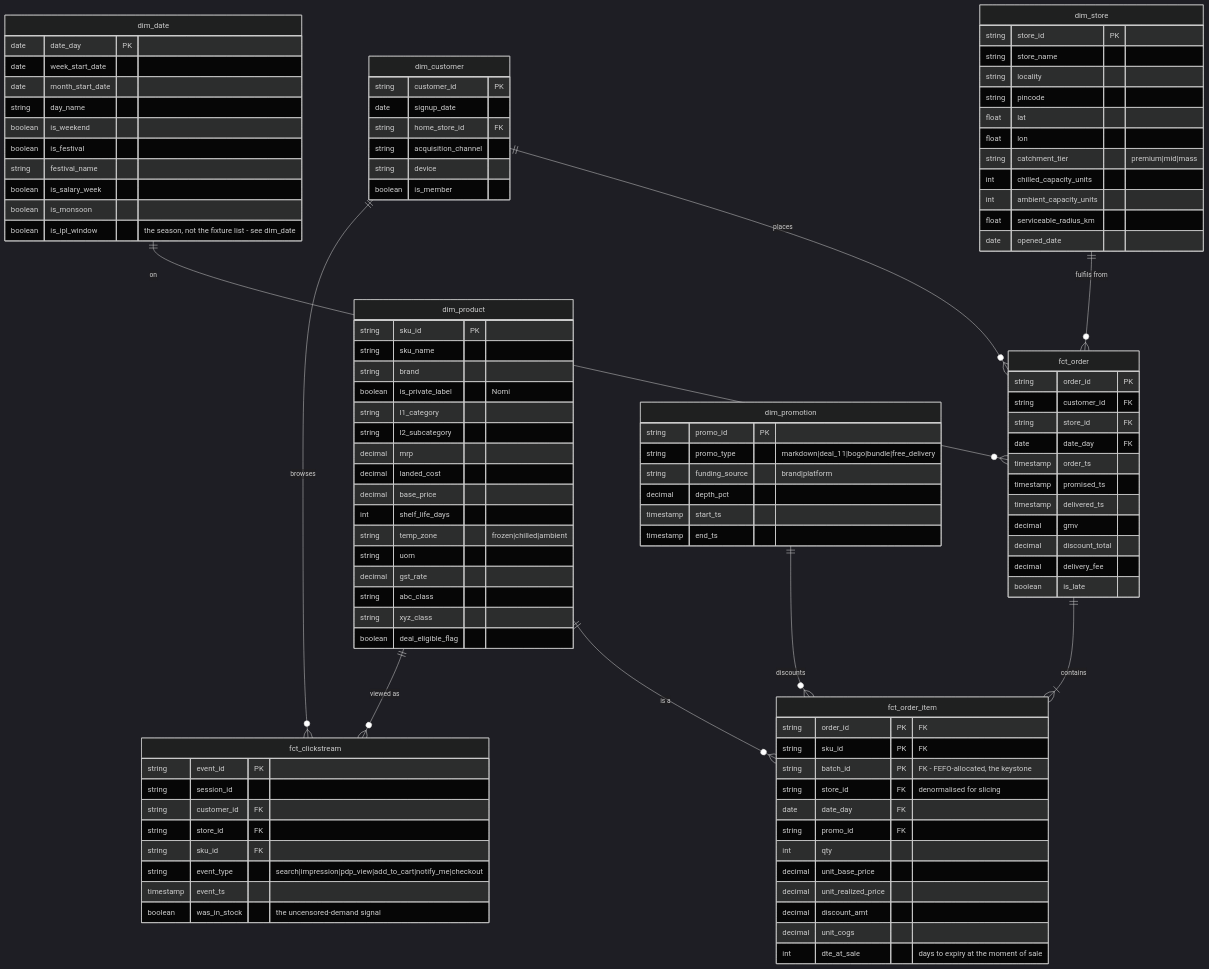
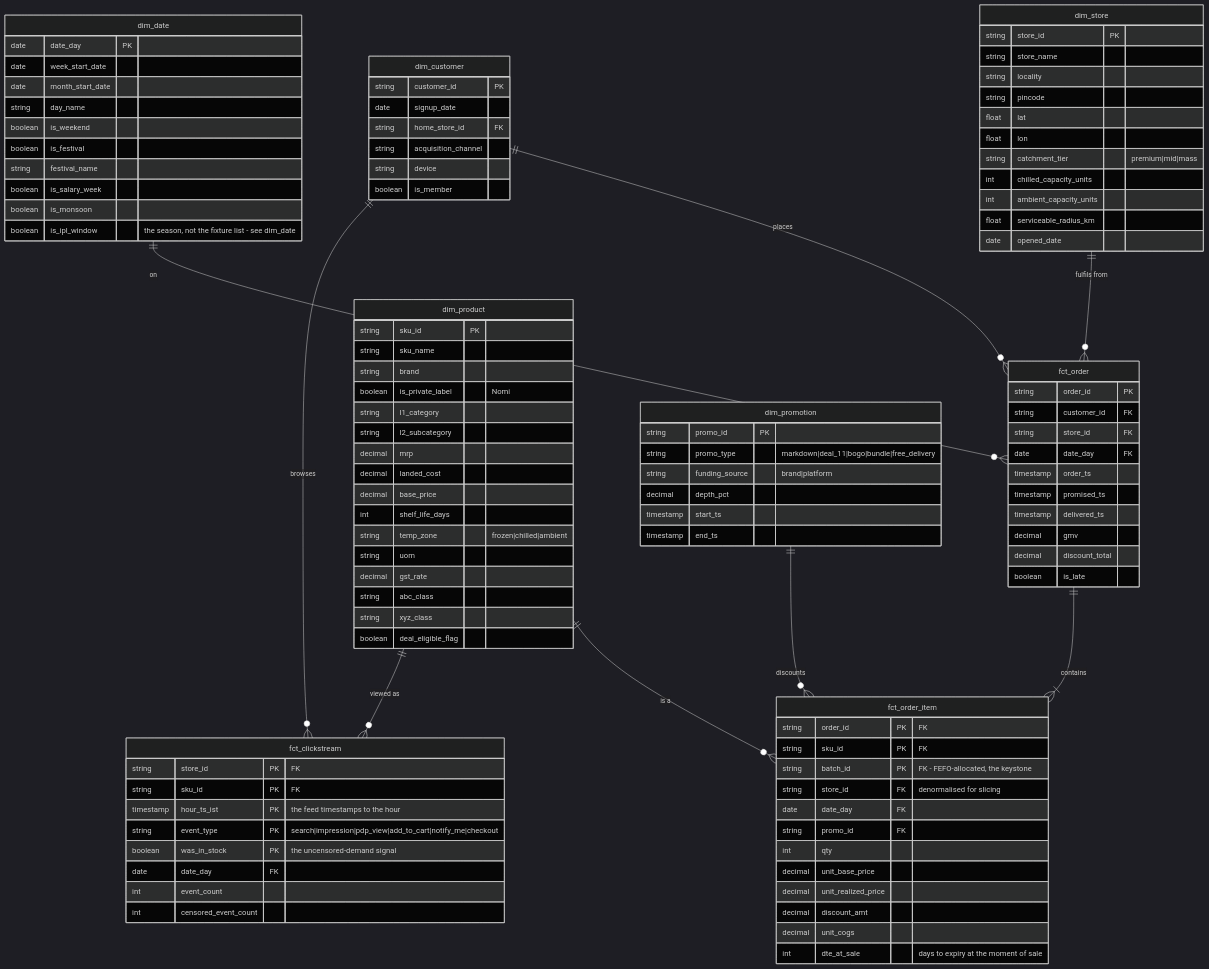
One commit to Yadnesh02/freshflow-qcommerce-analytics changed the first of 3 diagrams in docs/img/erd.md. Above: the diagram before and after it, drawn with Mermaid (dark theme). The commit also changed other lines of this file and 14 other files, not shown here.

````diff
--- a/docs/img/erd.md
+++ b/docs/img/erd.md
@@ -103,7 +103,6 @@
         timestamp delivered_ts
         decimal   gmv
         decimal   discount_total
-        decimal   delivery_fee
         boolean   is_late
     }
 
@@ -123,13 +122,13 @@
     }
 
     fct_clickstream {
-        string    event_id PK
-        string    session_id
-        string    customer_id FK
-        string    store_id FK
-        string    sku_id FK
-        string    event_type "search|impression|pdp_view|add_to_cart|notify_me|checkout"
-        timestamp event_ts
-        boolean   was_in_stock "the uncensored-demand signal"
+        string    store_id PK "FK"
+        string    sku_id PK "FK"
+        timestamp hour_ts_ist PK "the feed timestamps to the hour"
+        string    event_type PK "search|impression|pdp_view|add_to_cart|notify_me|checkout"
+        boolean   was_in_stock PK "the uncensored-demand signal"
+        date      date_day FK
+        int       event_count
+        int       censored_event_count
     }
 ```
````
